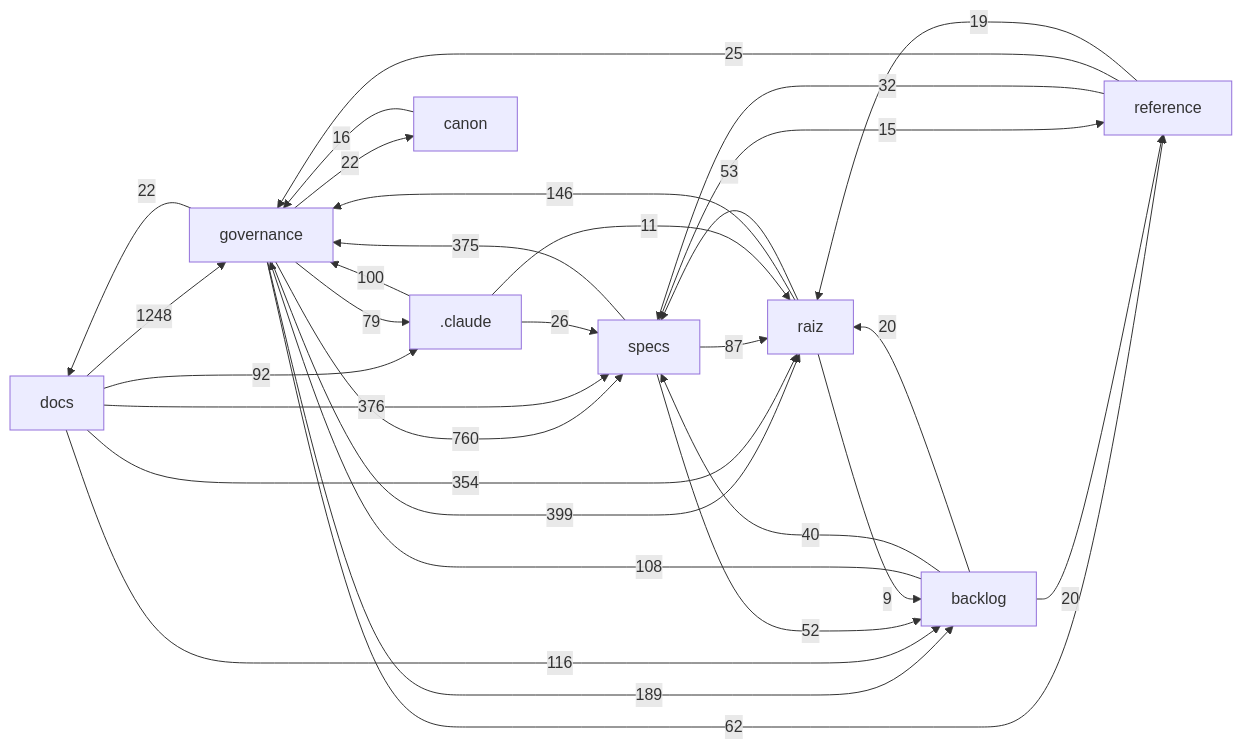
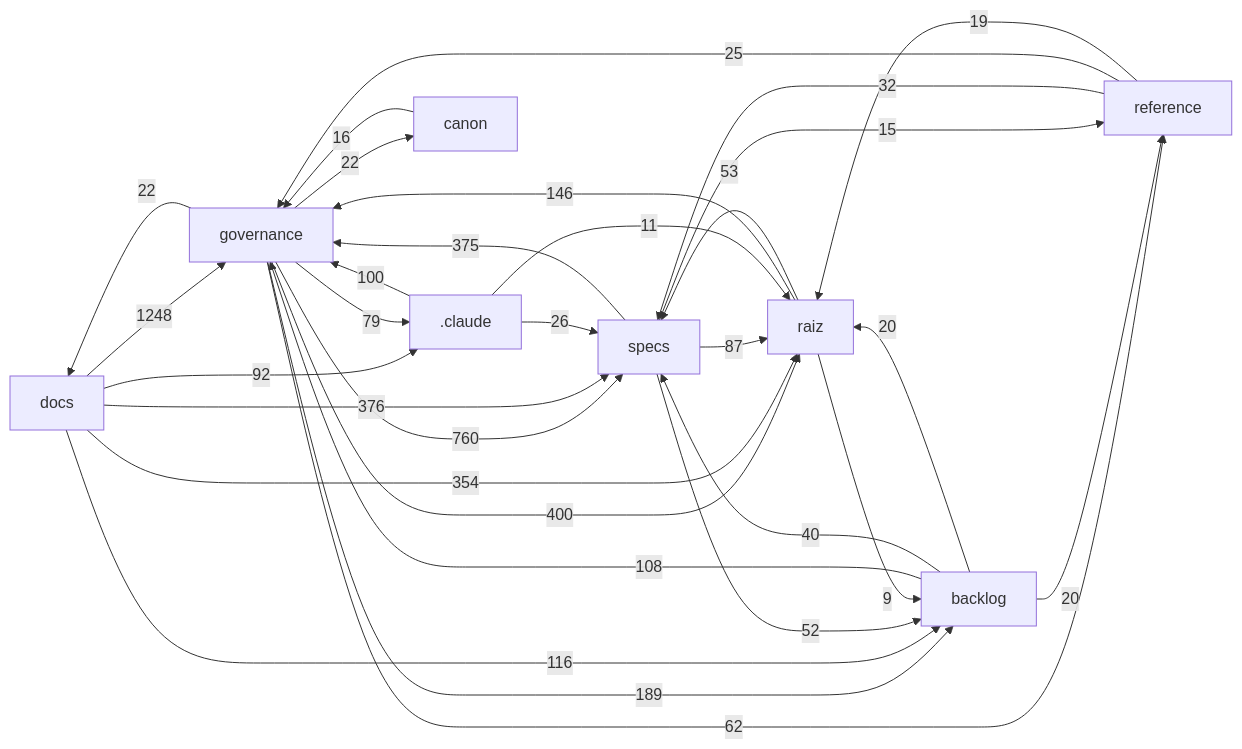
One commit to Andraus35/Sistema-Operacional-de-Trading--SOT changed the diagram in docs/mapa/MAPA-PROJETO.md. Above: the diagram before and after it, drawn with Mermaid. The commit also changed other lines of this file and 2 other files, not shown here.

````diff
--- a/docs/mapa/MAPA-PROJETO.md
+++ b/docs/mapa/MAPA-PROJETO.md
@@ -29,33 +29,33 @@
 ```mermaid
 flowchart LR
   docs["docs"] -->|1248| governance["governance"]
   governance["governance"] -->|760| specs["specs"]
-  governance["governance"] -->|399| raiz["raiz"]
+  governance["governance"] -->|400| raiz["raiz"]
   docs["docs"] -->|376| specs["specs"]
   specs["specs"] -->|375| governance["governance"]
   docs["docs"] -->|354| raiz["raiz"]
   governance["governance"] -->|189| backlog["backlog"]
   raiz["raiz"] -->|146| governance["governance"]
   docs["docs"] -->|116| backlog["backlog"]
   backlog["backlog"] -->|108| governance["governance"]
   _claude[".claude"] -->|100| governance["governance"]
   docs["docs"] -->|92| _claude[".claude"]
   specs["specs"] -->|87| raiz["raiz"]
   governance["governance"] -->|79| _claude[".claude"]
   governance["governance"] -->|62| reference["reference"]
   raiz["raiz"] -->|53| specs["specs"]
   specs["specs"] -->|52| backlog["backlog"]
   backlog["backlog"] -->|40| specs["specs"]
   reference["reference"] -->|32| specs["specs"]
   _claude[".claude"] -->|26| specs["specs"]
   reference["reference"] -->|25| governance["governance"]
   governance["governance"] -->|22| docs["docs"]
   governance["governance"] -->|22| canon["canon"]
   backlog["backlog"] -->|20| raiz["raiz"]
   backlog["backlog"] -->|20| reference["reference"]
   reference["reference"] -->|19| raiz["raiz"]
   canon["canon"] -->|16| governance["governance"]
   specs["specs"] -->|15| reference["reference"]
   _claude[".claude"] -->|11| raiz["raiz"]
   raiz["raiz"] -->|9| backlog["backlog"]
 ```
````
